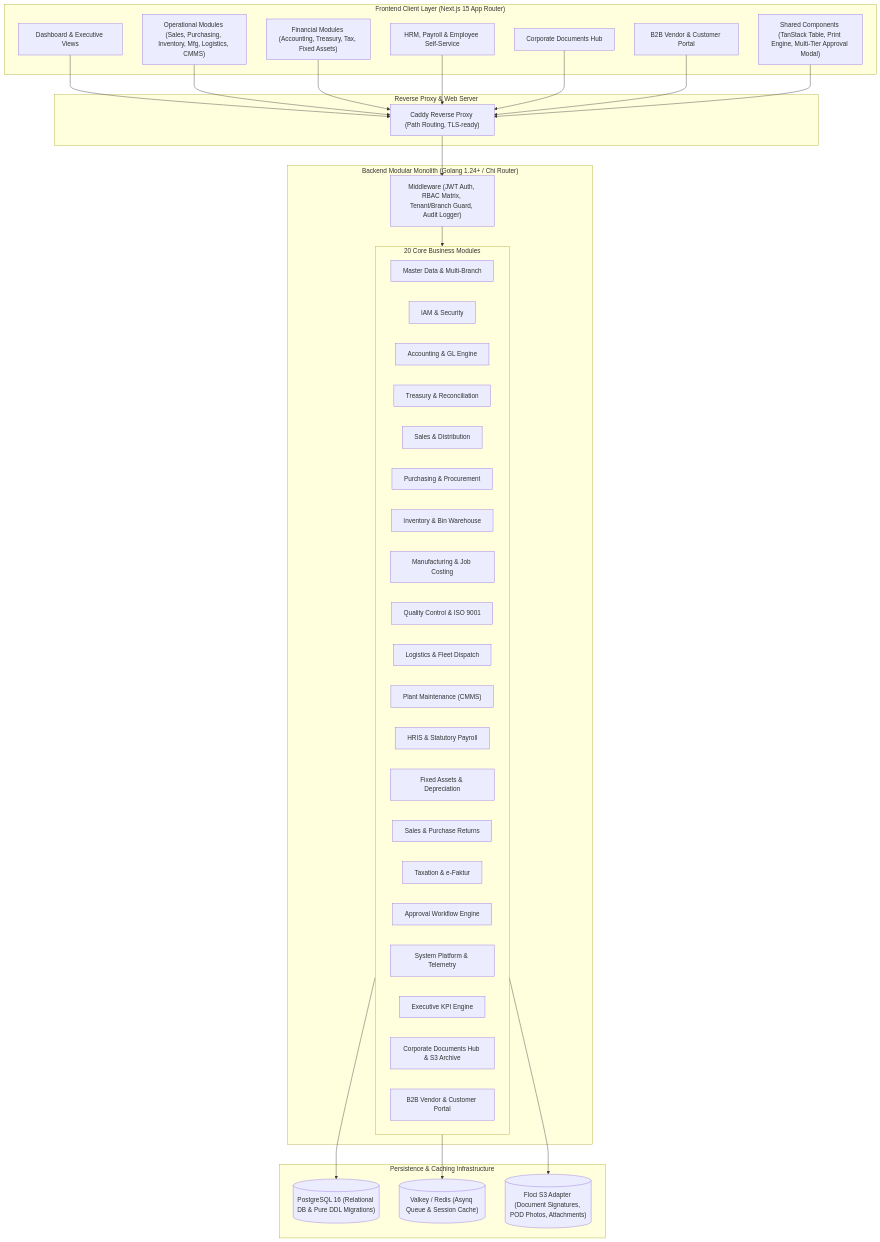
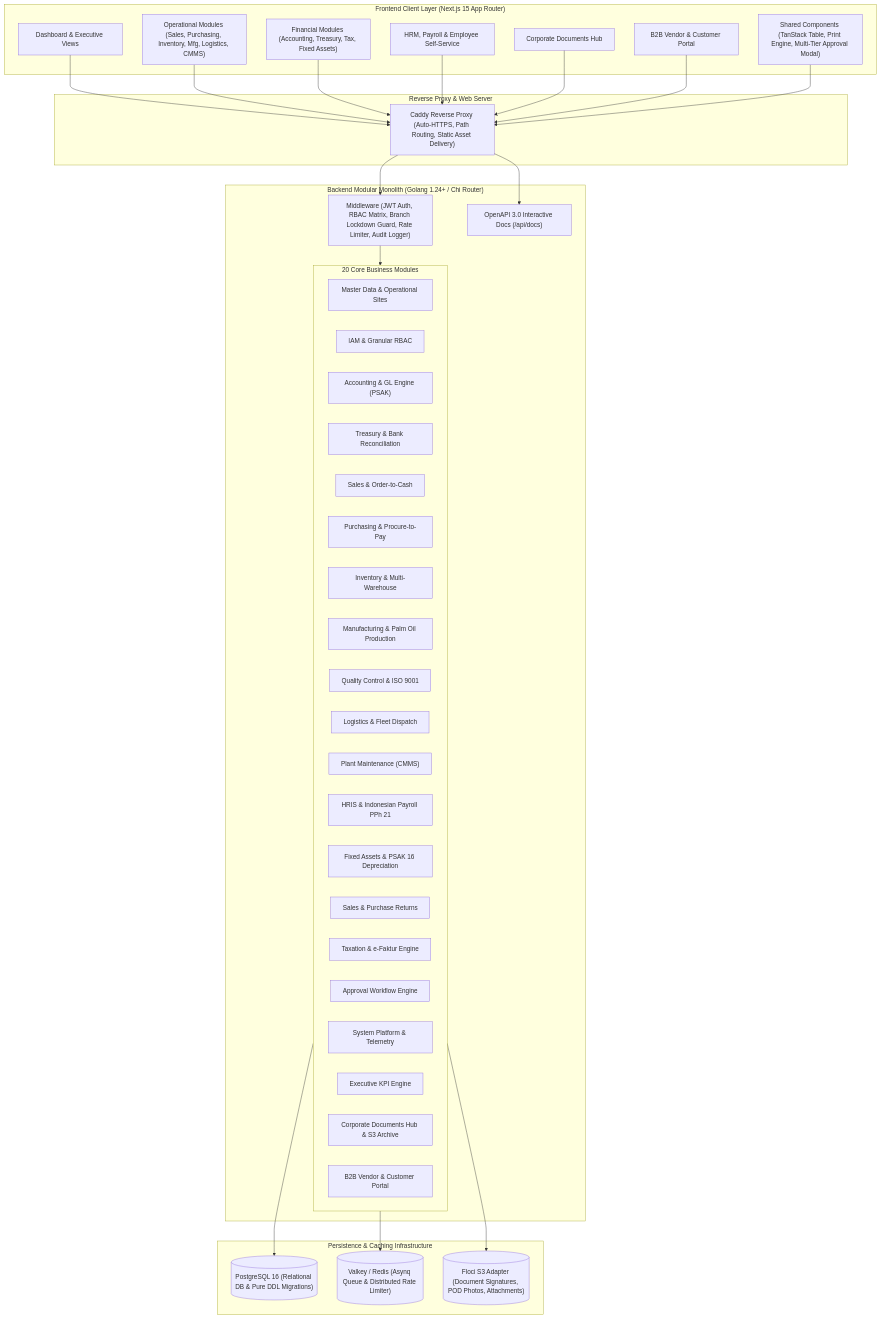
The first of 2 diagrams in sdd/00_system_architecture_overview.md (Vall-Here/mnf-erp-nextjs-golang), drawn with Mermaid before and after one commit. The commit also changed other lines of this file and 10 other files, not shown here.

````diff
--- a/sdd/00_system_architecture_overview.md
+++ b/sdd/00_system_architecture_overview.md
@@ -7,63 +7,66 @@
 ```mermaid
 graph TB
     subgraph ClientLayer ["Frontend Client Layer (Next.js 15 App Router)"]
         UI_DASH["Dashboard & Executive Views"]
         UI_OPS["Operational Modules (Sales, Purchasing, Inventory, Mfg, Logistics, CMMS)"]
         UI_FIN["Financial Modules (Accounting, Treasury, Tax, Fixed Assets)"]
         UI_HR["HRM, Payroll & Employee Self-Service"]
         UI_DOC["Corporate Documents Hub"]
         UI_PORTAL["B2B Vendor & Customer Portal"]
         UI_SHARED["Shared Components (TanStack Table, Print Engine, Multi-Tier Approval Modal)"]
     end
 
     subgraph Gateway ["Reverse Proxy & Web Server"]
-        CADDY["Caddy Reverse Proxy (Path Routing, TLS-ready)"]
+        CADDY["Caddy Reverse Proxy (Auto-HTTPS, Path Routing, Static Asset Delivery)"]
     end
 
     subgraph BackendMonolith ["Backend Modular Monolith (Golang 1.24+ / Chi Router)"]
-        AUTH_MW["Middleware (JWT Auth, RBAC Matrix, Tenant/Branch Guard, Audit Logger)"]
+        AUTH_MW["Middleware (JWT Auth, RBAC Matrix, Branch Lockdown Guard, Rate Limiter, Audit Logger)"]
         
         subgraph CoreBusinessModules ["20 Core Business Modules"]
-            MOD_MASTER["Master Data & Multi-Branch"]
-            MOD_IAM["IAM & Security"]
-            MOD_ACCT["Accounting & GL Engine"]
-            MOD_TREAS["Treasury & Reconciliation"]
-            MOD_SALES["Sales & Distribution"]
-            MOD_PURCH["Purchasing & Procurement"]
-            MOD_INV["Inventory & Bin Warehouse"]
-            MOD_MFG["Manufacturing & Job Costing"]
+            MOD_MASTER["Master Data & Operational Sites"]
+            MOD_IAM["IAM & Granular RBAC"]
+            MOD_ACCT["Accounting & GL Engine (PSAK)"]
+            MOD_TREAS["Treasury & Bank Reconciliation"]
+            MOD_SALES["Sales & Order-to-Cash"]
+            MOD_PURCH["Purchasing & Procure-to-Pay"]
+            MOD_INV["Inventory & Multi-Warehouse"]
+            MOD_MFG["Manufacturing & Palm Oil Production"]
             MOD_QC["Quality Control & ISO 9001"]
             MOD_LOG["Logistics & Fleet Dispatch"]
             MOD_CMMS["Plant Maintenance (CMMS)"]
-            MOD_HRM["HRIS & Statutory Payroll"]
-            MOD_FA["Fixed Assets & Depreciation"]
+            MOD_HRM["HRIS & Indonesian Payroll PPh 21"]
+            MOD_FA["Fixed Assets & PSAK 16 Depreciation"]
             MOD_RET["Sales & Purchase Returns"]
-            MOD_TAX["Taxation & e-Faktur"]
+            MOD_TAX["Taxation & e-Faktur Engine"]
             MOD_WF["Approval Workflow Engine"]
             MOD_SYS["System Platform & Telemetry"]
             MOD_DASH["Executive KPI Engine"]
             MOD_DOC["Corporate Documents Hub & S3 Archive"]
             MOD_PORTAL["B2B Vendor & Customer Portal"]
         end
+
+        OPENAPI["OpenAPI 3.0 Interactive Docs (/api/docs)"]
     end
 
     subgraph StorageLayer ["Persistence & Caching Infrastructure"]
         PG[("PostgreSQL 16 (Relational DB & Pure DDL Migrations)")]
-        VALKEY[("Valkey / Redis (Asynq Queue & Session Cache)")]
+        VALKEY[("Valkey / Redis (Asynq Queue & Distributed Rate Limiter)")]
         FLOCI[("Floci S3 Adapter (Document Signatures, POD Photos, Attachments)")]
     end
 
     UI_DASH --> CADDY
     UI_OPS --> CADDY
     UI_FIN --> CADDY
     UI_HR --> CADDY
     UI_DOC --> CADDY
     UI_PORTAL --> CADDY
     UI_SHARED --> CADDY
     CADDY --> AUTH_MW
     AUTH_MW --> CoreBusinessModules
+    CADDY --> OPENAPI
 
     CoreBusinessModules --> PG
     CoreBusinessModules --> VALKEY
     CoreBusinessModules --> FLOCI
 ```
````
